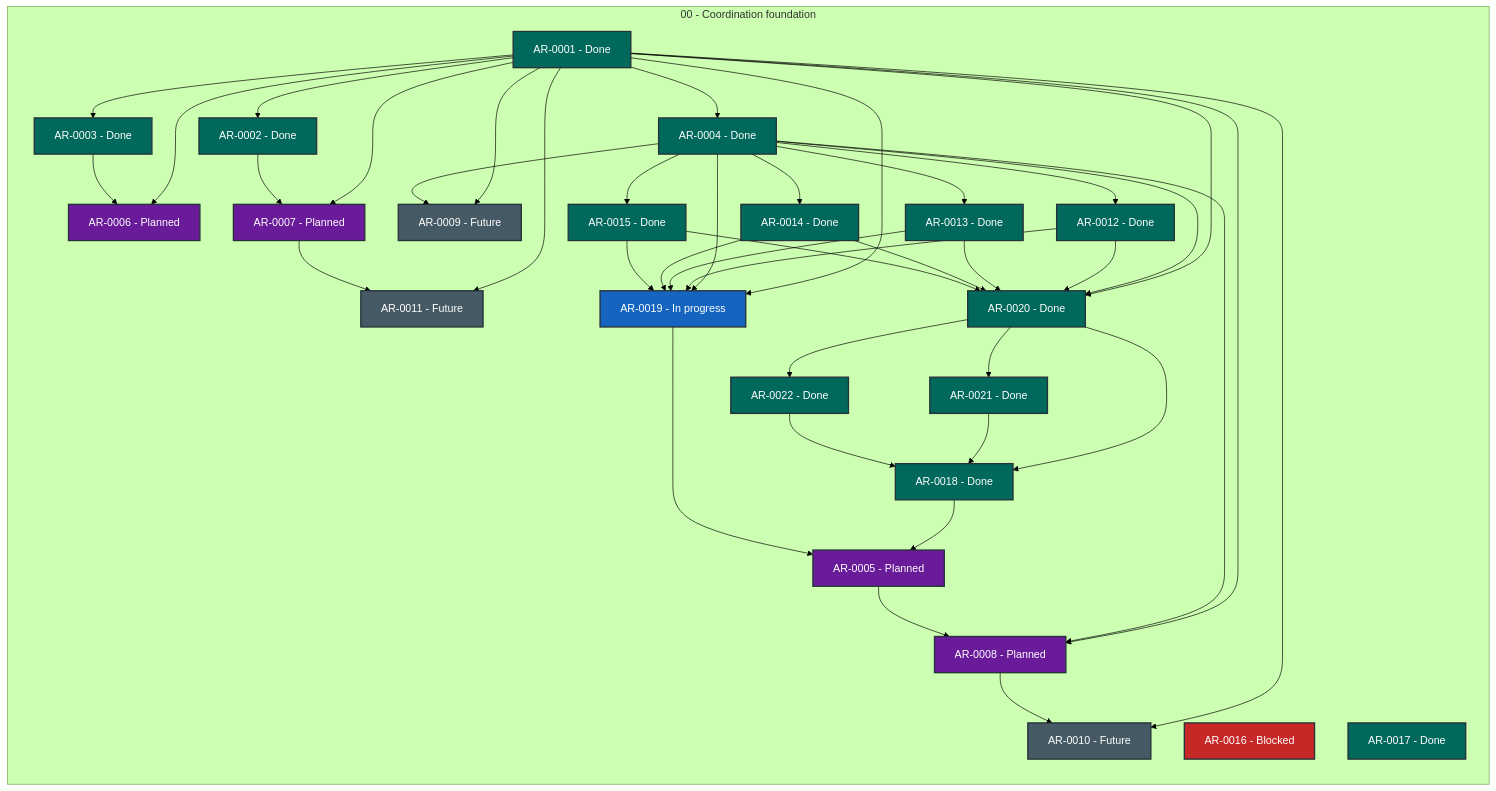
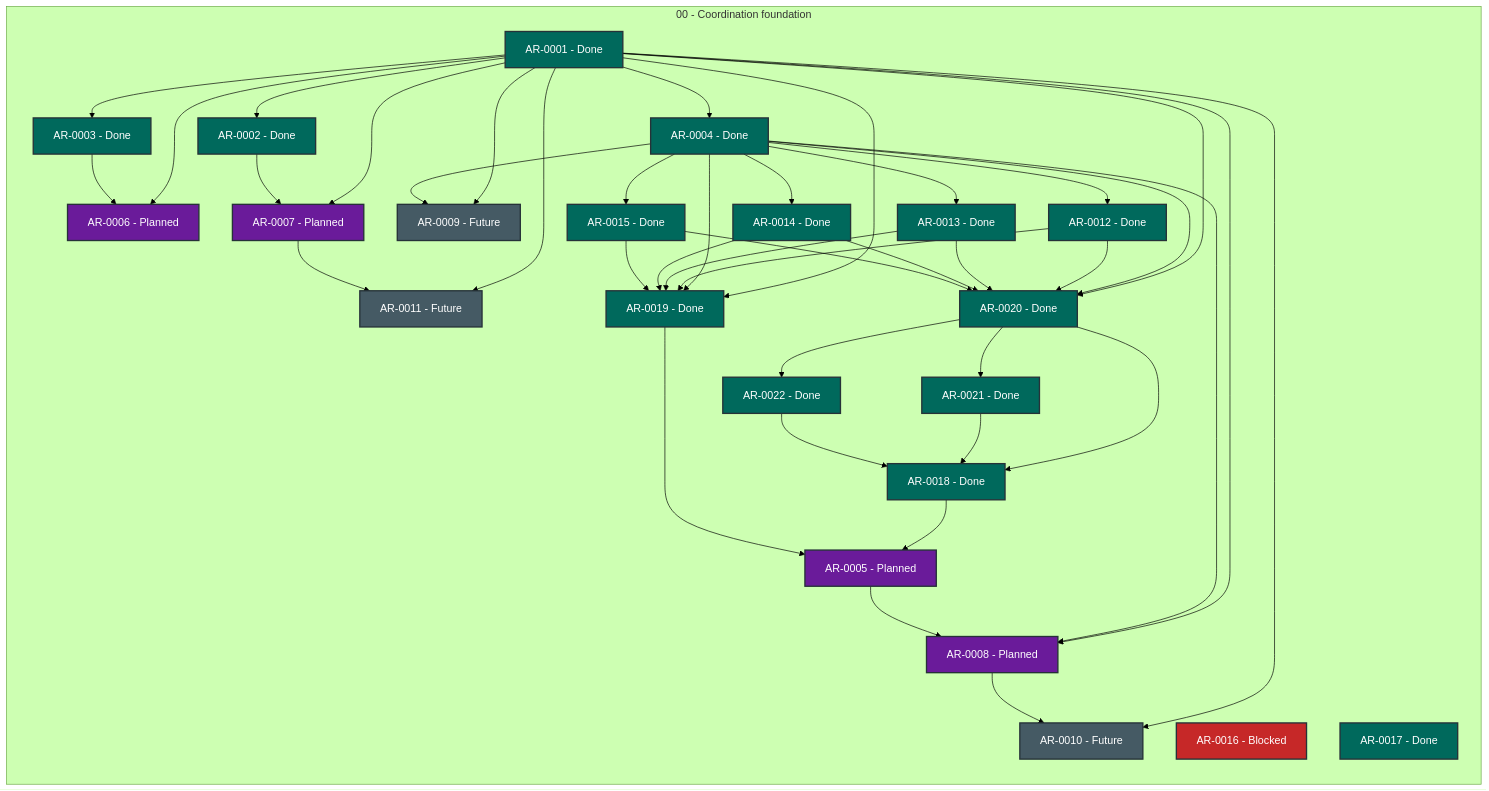
Before and after one commit to martin-beck/agent-workflow-quality-state: the diagram in STATUS.md, drawn with Mermaid (forest theme). The commit also changed other lines of this file and 2 other files, not shown here.

````diff
--- a/STATUS.md
+++ b/STATUS.md
@@ -27,75 +27,75 @@
 ```mermaid
 flowchart LR
     subgraph series_00["00 - Coordination foundation"]
         direction TB
         AR_0001["AR-0001 - Done"]:::status_done
         AR_0002["AR-0002 - Done"]:::status_done
         AR_0003["AR-0003 - Done"]:::status_done
         AR_0004["AR-0004 - Done"]:::status_done
         AR_0005["AR-0005 - Planned"]:::status_planned
         AR_0006["AR-0006 - Planned"]:::status_planned
         AR_0007["AR-0007 - Planned"]:::status_planned
         AR_0008["AR-0008 - Planned"]:::status_planned
         AR_0009["AR-0009 - Future"]:::status_future
         AR_0010["AR-0010 - Future"]:::status_future
         AR_0011["AR-0011 - Future"]:::status_future
         AR_0012["AR-0012 - Done"]:::status_done
         AR_0013["AR-0013 - Done"]:::status_done
         AR_0014["AR-0014 - Done"]:::status_done
         AR_0015["AR-0015 - Done"]:::status_done
         AR_0016["AR-0016 - Blocked"]:::status_blocked
         AR_0017["AR-0017 - Done"]:::status_done
         AR_0018["AR-0018 - Done"]:::status_done
-        AR_0019["AR-0019 - In progress"]:::status_in_progress
+        AR_0019["AR-0019 - Done"]:::status_done
         AR_0020["AR-0020 - Done"]:::status_done
         AR_0021["AR-0021 - Done"]:::status_done
         AR_0022["AR-0022 - Done"]:::status_done
     end
     AR_0001 --> AR_0002
     AR_0001 --> AR_0003
     AR_0001 --> AR_0004
     AR_0001 --> AR_0006
     AR_0001 --> AR_0007
     AR_0001 --> AR_0008
     AR_0001 --> AR_0009
     AR_0001 --> AR_0010
     AR_0001 --> AR_0011
     AR_0001 --> AR_0019
     AR_0001 --> AR_0020
     AR_0002 --> AR_0007
     AR_0003 --> AR_0006
     AR_0004 --> AR_0008
     AR_0004 --> AR_0009
     AR_0004 --> AR_0012
     AR_0004 --> AR_0013
     AR_0004 --> AR_0014
     AR_0004 --> AR_0015
     AR_0004 --> AR_0019
     AR_0004 --> AR_0020
     AR_0005 --> AR_0008
     AR_0007 --> AR_0011
     AR_0008 --> AR_0010
     AR_0012 --> AR_0019
     AR_0012 --> AR_0020
     AR_0013 --> AR_0019
     AR_0013 --> AR_0020
     AR_0014 --> AR_0019
     AR_0014 --> AR_0020
     AR_0015 --> AR_0019
     AR_0015 --> AR_0020
     AR_0018 --> AR_0005
     AR_0019 --> AR_0005
     AR_0020 --> AR_0018
     AR_0020 --> AR_0021
     AR_0020 --> AR_0022
     AR_0021 --> AR_0018
     AR_0022 --> AR_0018
     classDef status_in_progress fill:#1565c0,color:#ffffff,stroke:#263238,stroke-width:2px
     classDef status_open fill:#2e7d32,color:#ffffff,stroke:#263238,stroke-width:2px
     classDef status_blocked fill:#c62828,color:#ffffff,stroke:#263238,stroke-width:2px
     classDef status_planned fill:#6a1b9a,color:#ffffff,stroke:#263238,stroke-width:2px
     classDef status_future fill:#455a64,color:#ffffff,stroke:#263238,stroke-width:2px
     classDef status_done fill:#00695c,color:#ffffff,stroke:#263238,stroke-width:2px
     classDef status_cancelled fill:#616161,color:#ffffff,stroke:#263238,stroke-width:2px
     classDef status_superseded fill:#5d4037,color:#ffffff,stroke:#263238,stroke-width:2px
 ```
````
